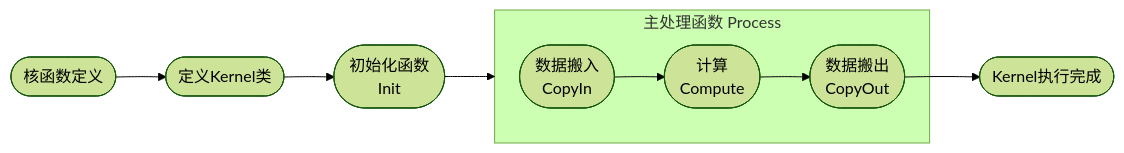
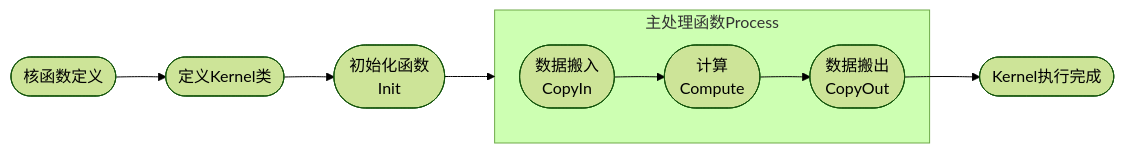
One commit to hicann/ops-math changed the diagram in docs/zh/develop/aicore_develop_guide.md. Above: the diagram before and after it, drawn with Mermaid (forest theme). The commit also changed other lines of this file and 103 other files, not shown here.

````diff
--- a/docs/zh/develop/aicore_develop_guide.md
+++ b/docs/zh/develop/aicore_develop_guide.md
@@ -310,10 +310,10 @@
 ```mermaid
 graph LR
     H([核函数定义]) -->A([定义Kernel类])
     A -->B([初始化函数<br>Init])
     B -->C([主处理函数<br>Process])
-    subgraph C [主处理函数 Process]
+    subgraph C [主处理函数Process]
         D([数据搬入<br>CopyIn]) -->E([计算<br>Compute]) -->F([数据搬出<br>CopyOut])
     end
     F -->G([Kernel执行完成])
 ```
````
